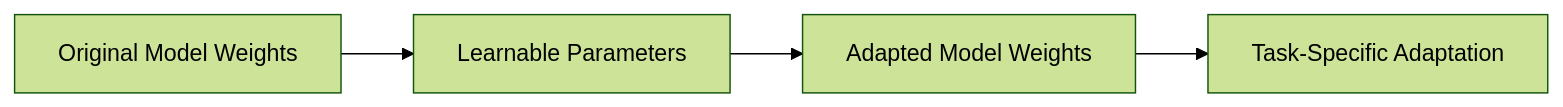
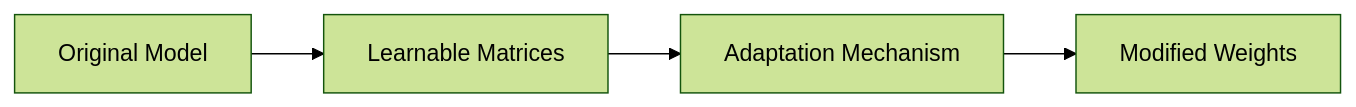
Before and after one commit to blebleblee/synapse: the diagram in topics/computing/ai/large_language_models/03_parameter_efficient_fine_tuning_lora/lesson_04_applications_and_case_studies.md, drawn with Mermaid (forest theme). The commit also changed other lines of this file and 4 other files, not shown here.

````diff
--- a/topics/computing/ai/large_language_models/03_parameter_efficient_fine_tuning_lora/lesson_04_applications_and_case_studies.md
+++ b/topics/computing/ai/large_language_models/03_parameter_efficient_fine_tuning_lora/lesson_04_applications_and_case_studies.md
@@ -28,6 +20,6 @@
 ```mermaid
 graph LR
-    A[Original Model Weights] --> B[Learnable Parameters]
-    B --> C[Adapted Model Weights]
-    C --> D[Task-Specific Adaptation]
+    A[Original Model] --> B[Learnable Matrices]
+    B --> C[Adaptation Mechanism]
+    C --> D[Modified Weights]
 ```
````
